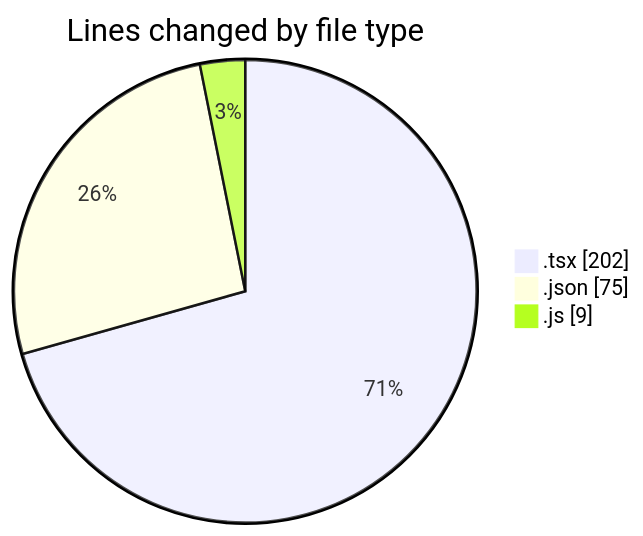
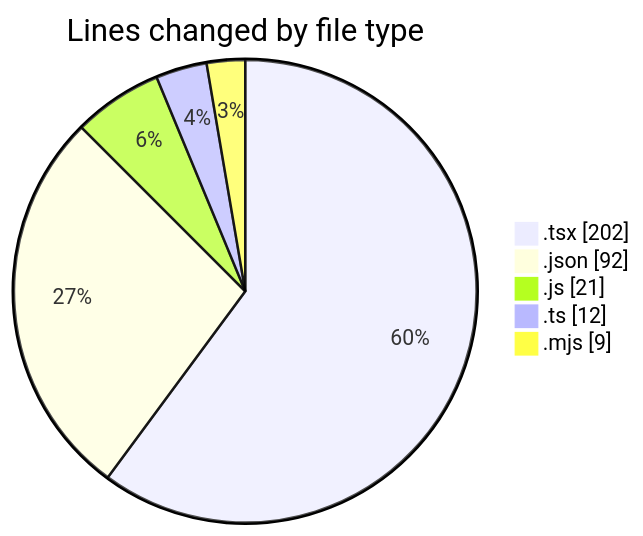
One commit to IJAZ3593/code-tracking changed the first of 2 diagrams in 2025-10-25/ai/README.md. Above: the diagram before and after it, drawn with Mermaid. The commit also changed other lines of this file and 1 other file, not shown here.

````diff
--- a/2025-10-25/ai/README.md
+++ b/2025-10-25/ai/README.md
@@ -23,7 +26,9 @@
 ```mermaid
 pie showData
 title Lines changed by file type
 ".tsx" : 202
-".json" : 75
-".js" : 9
+".json" : 92
+".js" : 21
+".ts" : 12
+".mjs" : 9
 ```
````
